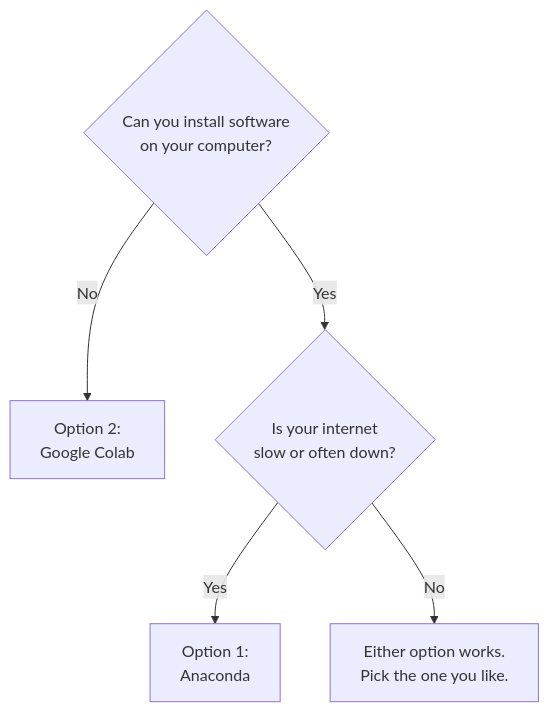
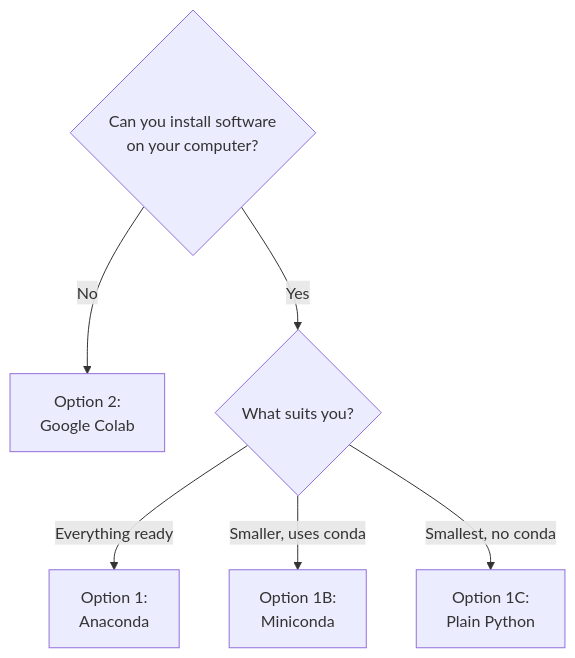
One commit to nirajan10/DS-note changed the diagram in docs/setup.md. Above: the diagram before and after it, drawn with Mermaid. The commit also changed other lines of this file and 3 other files, not shown here.

Commit message:
Add: miniconda and python to installation list

````diff
--- a/docs/setup.md
+++ b/docs/setup.md
@@ -9,7 +17,8 @@
 ```mermaid
 flowchart TD
     A{"Can you install software<br/>on your computer?"} -- No --> C["Option 2:<br/>Google Colab"]
-    A -- Yes --> B{"Is your internet<br/>slow or often down?"}
-    B -- Yes --> D["Option 1:<br/>Anaconda"]
-    B -- No --> E["Either option works.<br/>Pick the one you like."]
+    A -- Yes --> B{"What suits you?"}
+    B -- "Everything ready" --> E["Option 1:<br/>Anaconda"]
+    B -- "Smaller, uses conda" --> D["Option 1B:<br/>Miniconda"]
+    B -- "Smallest, no conda" --> F["Option 1C:<br/>Plain Python"]
 ```
````
